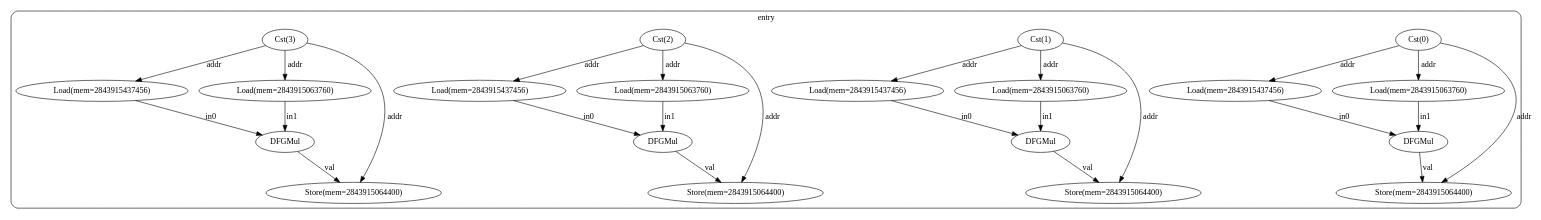
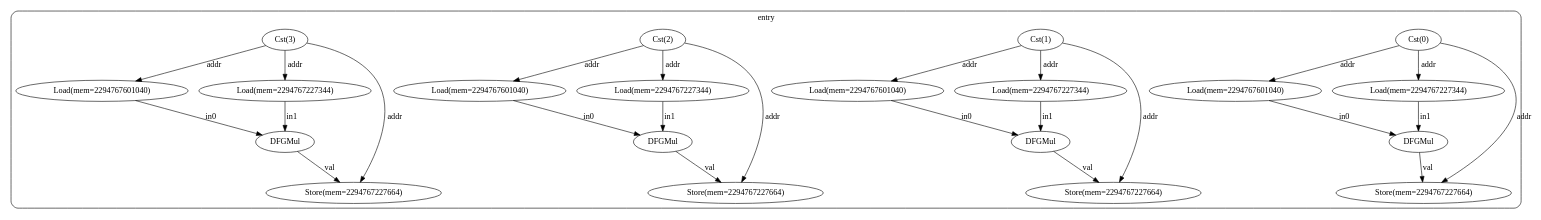
Before and after one commit to ma-carrillo/High-level-synthesis-assignment: the diagram in test01/cfg_with_dfg.dot, drawn with Graphviz. The commit also changed 26 other files, not shown here.

```diff
--- a/test01/cfg_with_dfg.dot
+++ b/test01/cfg_with_dfg.dot
@@ -1,51 +1,51 @@
 digraph "cfg" {
   compound=true;
   subgraph "cluster_bb0" {
     label="entry";
     style=rounded;
     bb0_n0 [label="Cst(0)"];
-    bb0_n1 [label="Load(mem=2843915437456)"];
-    bb0_n2 [label="Load(mem=2843915063760)"];
+    bb0_n1 [label="Load(mem=2294767601040)"];
+    bb0_n2 [label="Load(mem=2294767227344)"];
     bb0_n3 [label="DFGMul"];
-    bb0_n4 [label="Store(mem=2843915064400)"];
+    bb0_n4 [label="Store(mem=2294767227664)"];
     bb0_n5 [label="Cst(1)"];
-    bb0_n6 [label="Load(mem=2843915437456)"];
-    bb0_n7 [label="Load(mem=2843915063760)"];
+    bb0_n6 [label="Load(mem=2294767601040)"];
+    bb0_n7 [label="Load(mem=2294767227344)"];
     bb0_n8 [label="DFGMul"];
-    bb0_n9 [label="Store(mem=2843915064400)"];
+    bb0_n9 [label="Store(mem=2294767227664)"];
     bb0_n10 [label="Cst(2)"];
-    bb0_n11 [label="Load(mem=2843915437456)"];
-    bb0_n12 [label="Load(mem=2843915063760)"];
+    bb0_n11 [label="Load(mem=2294767601040)"];
+    bb0_n12 [label="Load(mem=2294767227344)"];
     bb0_n13 [label="DFGMul"];
-    bb0_n14 [label="Store(mem=2843915064400)"];
+    bb0_n14 [label="Store(mem=2294767227664)"];
     bb0_n15 [label="Cst(3)"];
-    bb0_n16 [label="Load(mem=2843915437456)"];
-    bb0_n17 [label="Load(mem=2843915063760)"];
+    bb0_n16 [label="Load(mem=2294767601040)"];
+    bb0_n17 [label="Load(mem=2294767227344)"];
     bb0_n18 [label="DFGMul"];
-    bb0_n19 [label="Store(mem=2843915064400)"];
+    bb0_n19 [label="Store(mem=2294767227664)"];
     bb0_n0 -> bb0_n1 [label="addr"];
     bb0_n0 -> bb0_n2 [label="addr"];
     bb0_n0 -> bb0_n4 [label="addr"];
     bb0_n1 -> bb0_n3 [label="in0"];
     bb0_n2 -> bb0_n3 [label="in1"];
     bb0_n3 -> bb0_n4 [label="val"];
     bb0_n5 -> bb0_n6 [label="addr"];
     bb0_n5 -> bb0_n7 [label="addr"];
     bb0_n5 -> bb0_n9 [label="addr"];
     bb0_n6 -> bb0_n8 [label="in0"];
     bb0_n7 -> bb0_n8 [label="in1"];
     bb0_n8 -> bb0_n9 [label="val"];
     bb0_n10 -> bb0_n11 [label="addr"];
     bb0_n10 -> bb0_n12 [label="addr"];
     bb0_n10 -> bb0_n14 [label="addr"];
     bb0_n11 -> bb0_n13 [label="in0"];
     bb0_n12 -> bb0_n13 [label="in1"];
     bb0_n13 -> bb0_n14 [label="val"];
     bb0_n15 -> bb0_n16 [label="addr"];
     bb0_n15 -> bb0_n17 [label="addr"];
     bb0_n15 -> bb0_n19 [label="addr"];
     bb0_n16 -> bb0_n18 [label="in0"];
     bb0_n17 -> bb0_n18 [label="in1"];
     bb0_n18 -> bb0_n19 [label="val"];
   }
 }
```
